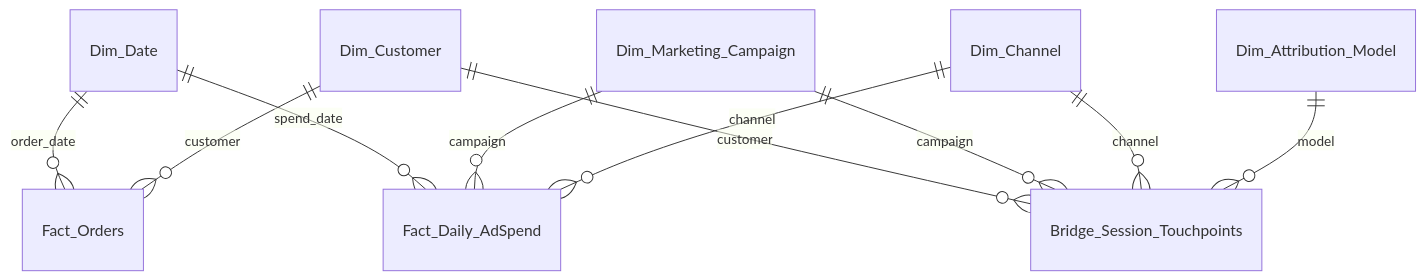
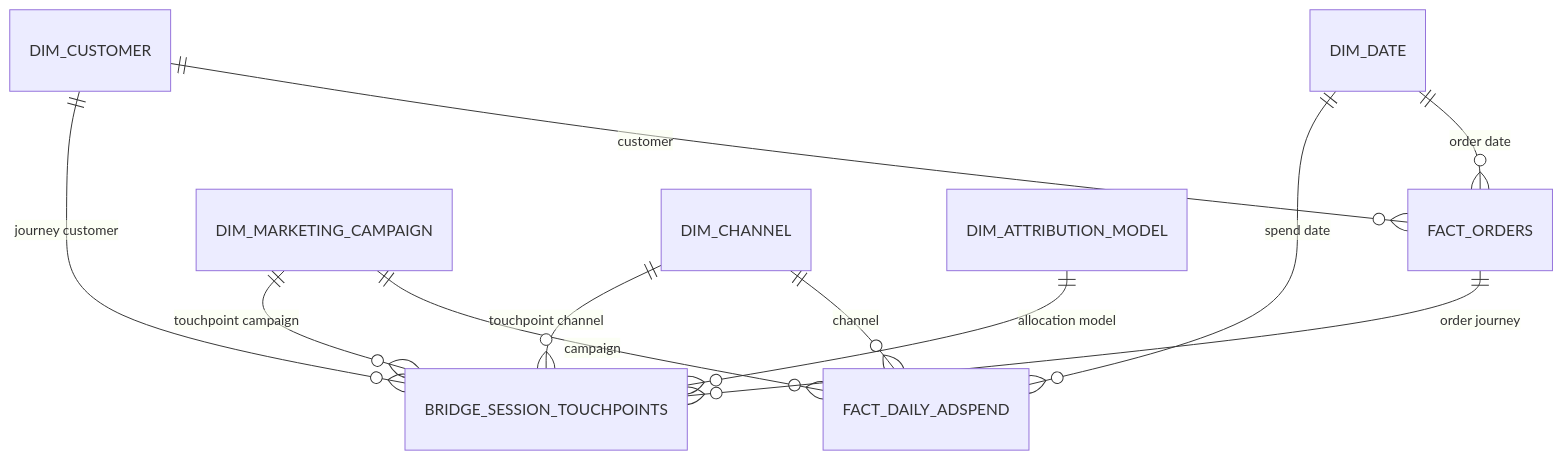
One commit to ShakeelMohd/MTA-iROAS-Optimizer changed the second of 3 diagrams in README.md. Above: the diagram before and after it, drawn with Mermaid. The commit also changed other lines of this file, not shown here.

Commit message:
changes for the Project Architecture Overview

````diff
--- a/README.md
+++ b/README.md
@@ -204,12 +348,14 @@
 ``` mermaid
 erDiagram
-    Dim_Date ||--o{ Fact_Orders : order_date
-    Dim_Date ||--o{ Fact_Daily_AdSpend : spend_date
-    Dim_Customer ||--o{ Fact_Orders : customer
-    Dim_Customer ||--o{ Bridge_Session_Touchpoints : customer
-    Dim_Marketing_Campaign ||--o{ Fact_Daily_AdSpend : campaign
-    Dim_Marketing_Campaign ||--o{ Bridge_Session_Touchpoints : campaign
-    Dim_Channel ||--o{ Fact_Daily_AdSpend : channel
-    Dim_Channel ||--o{ Bridge_Session_Touchpoints : channel
-    Dim_Attribution_Model ||--o{ Bridge_Session_Touchpoints : model
+    DIM_DATE ||--o{ FACT_ORDERS : "order date"
+    DIM_CUSTOMER ||--o{ FACT_ORDERS : "customer"
+    DIM_DATE ||--o{ FACT_DAILY_ADSPEND : "spend date"
+    DIM_MARKETING_CAMPAIGN ||--o{ FACT_DAILY_ADSPEND : "campaign"
+    DIM_CHANNEL ||--o{ FACT_DAILY_ADSPEND : "channel"
+
+    FACT_ORDERS ||--o{ BRIDGE_SESSION_TOUCHPOINTS : "order journey"
+    DIM_MARKETING_CAMPAIGN ||--o{ BRIDGE_SESSION_TOUCHPOINTS : "touchpoint campaign"
+    DIM_CHANNEL ||--o{ BRIDGE_SESSION_TOUCHPOINTS : "touchpoint channel"
+    DIM_CUSTOMER ||--o{ BRIDGE_SESSION_TOUCHPOINTS : "journey customer"
+    DIM_ATTRIBUTION_MODEL ||--o{ BRIDGE_SESSION_TOUCHPOINTS : "allocation model"
 ```
````
